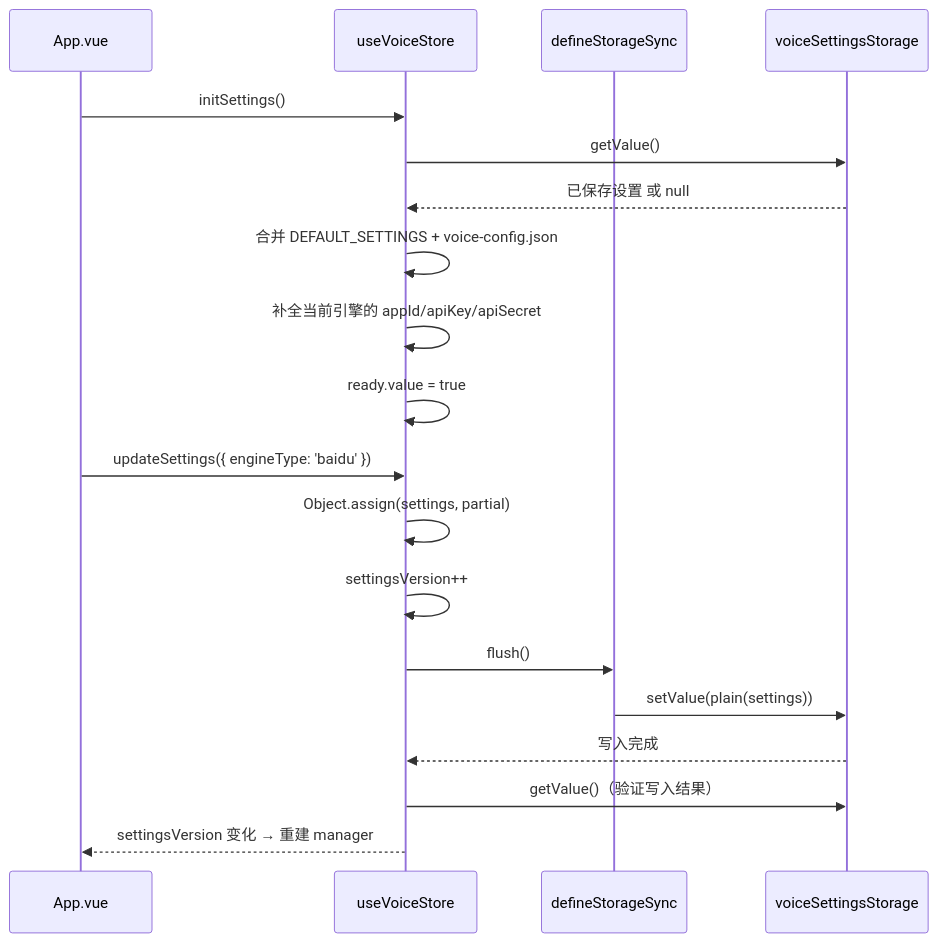
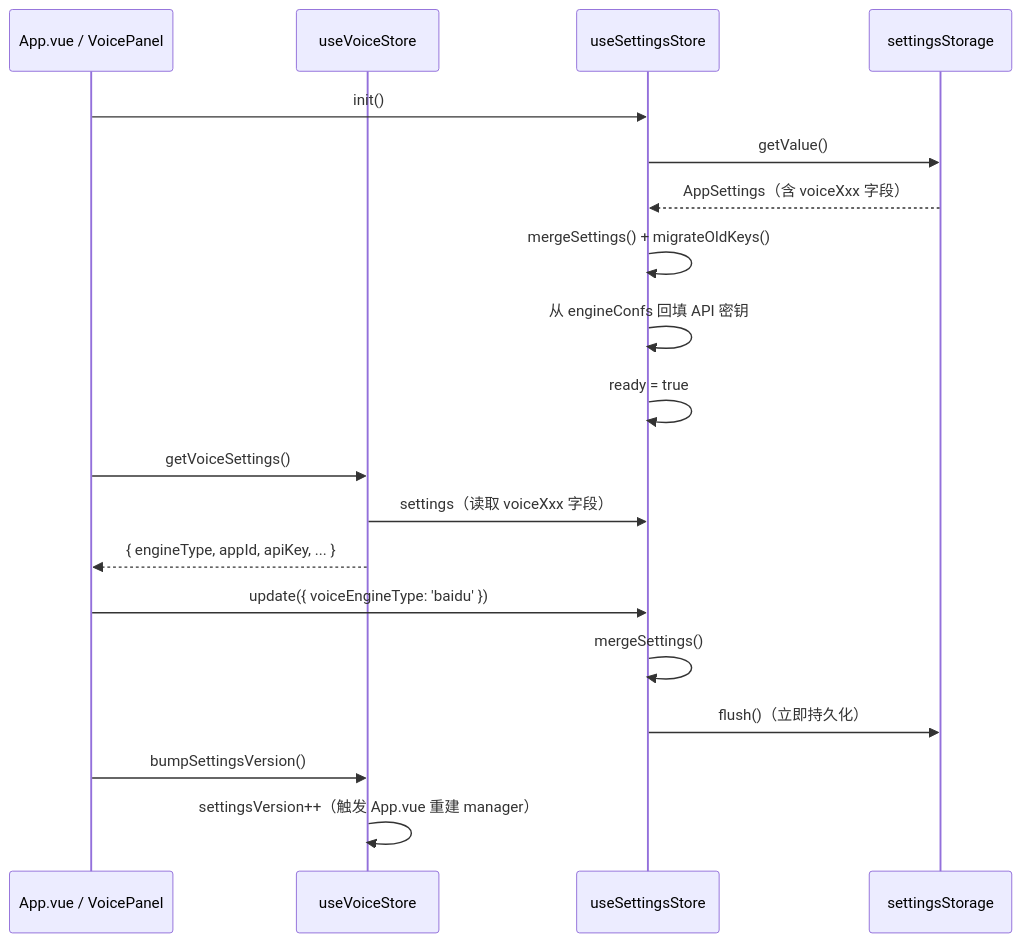
One commit to zw123zw/ai-browser changed the ninth of 10 diagrams in docs/architecture/state-management.md. Above: the diagram before and after it, drawn with Mermaid. The commit also changed other lines of this file and 13 other files, not shown here.

````diff
--- a/docs/architecture/state-management.md
+++ b/docs/architecture/state-management.md
@@ -1301,23 +1257,24 @@
 ```mermaid
 sequenceDiagram
-    participant App as App.vue
+    participant App as App.vue / VoicePanel
     participant VS as useVoiceStore
-    participant DSS as defineStorageSync
-    participant STG as voiceSettingsStorage
+    participant SS as useSettingsStore
+    participant STG as settingsStorage
 
-    App->>VS: initSettings()
-    VS->>STG: getValue()
-    STG-->>VS: 已保存设置 或 null
-    VS->>VS: 合并 DEFAULT_SETTINGS + voice-config.json
-    VS->>VS: 补全当前引擎的 appId/apiKey/apiSecret
-    VS->>VS: ready.value = true
+    App->>SS: init()
+    SS->>STG: getValue()
+    STG-->>SS: AppSettings（含 voiceXxx 字段）
+    SS->>SS: mergeSettings() + migrateOldKeys()
+    SS->>SS: 从 engineConfs 回填 API 密钥
+    SS->>SS: ready = true
 
-    App->>VS: updateSettings({ engineType: 'baidu' })
-    VS->>VS: Object.assign(settings, partial)
-    VS->>VS: settingsVersion++
-    VS->>DSS: flush()
-    DSS->>STG: setValue(plain(settings))
-    STG-->>VS: 写入完成
-    VS->>STG: getValue()（验证写入结果）
-    VS-->>App: settingsVersion 变化 → 重建 manager
+    App->>VS: getVoiceSettings()
+    VS->>SS: settings（读取 voiceXxx 字段）
+    VS-->>App: { engineType, appId, apiKey, ... }
+
+    App->>SS: update({ voiceEngineType: 'baidu' })
+    SS->>SS: mergeSettings()
+    SS->>STG: flush()（立即持久化）
+    App->>VS: bumpSettingsVersion()
+    VS->>VS: settingsVersion++（触发 App.vue 重建 manager）
 ```
````
